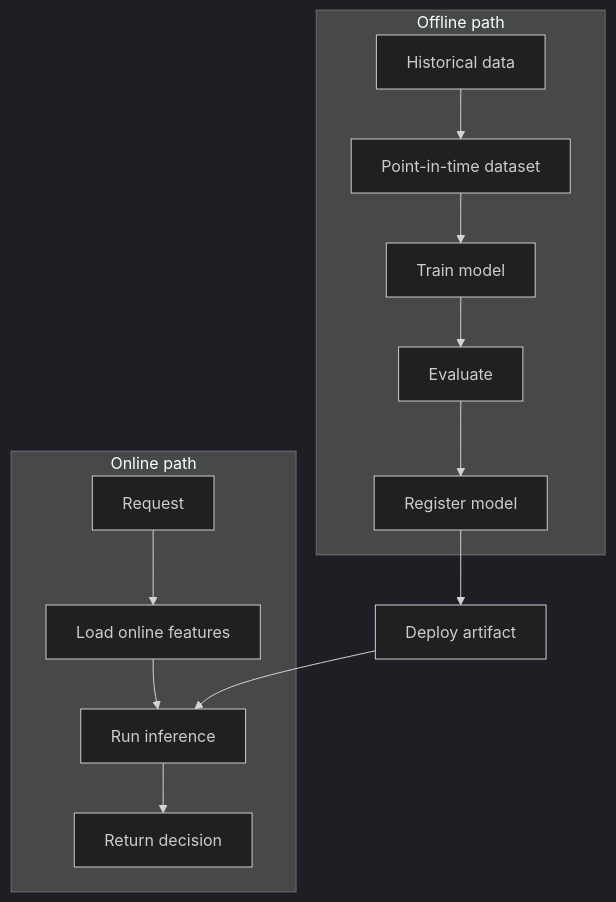
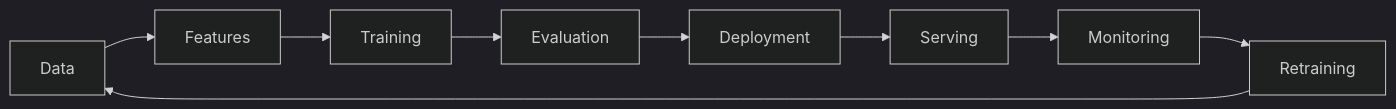
The second of 2 diagrams in 16-ml-systems/01-ml-system-fundamentals.md (binarydevelop/system-design-patterns), drawn with Mermaid (dark theme) before and after one commit. The commit also changed other lines of this file and 5 other files, not shown here.

````diff
--- a/16-ml-systems/01-ml-system-fundamentals.md
+++ b/16-ml-systems/01-ml-system-fundamentals.md
@@ -70,18 +84,11 @@
 ```mermaid
-flowchart TB
-    subgraph Offline["Offline path"]
-        HIST["Historical data"] --> SNAP["Point-in-time dataset"]
-        SNAP --> TRAIN["Train model"]
-        TRAIN --> EVAL["Evaluate"]
-        EVAL --> REG["Register model"]
-    end
-
-    subgraph Online["Online path"]
-        REQ["Request"] --> LOAD["Load online features"]
-        LOAD --> INF["Run inference"]
-        INF --> RESP["Return decision"]
-    end
-
-    REG --> DEPLOY["Deploy artifact"]
-    DEPLOY --> INF
+flowchart LR
+    DATA["Data"] --> FEAT["Features"]
+    FEAT --> TRAIN["Training"]
+    TRAIN --> EVAL["Evaluation"]
+    EVAL --> DEPLOY["Deployment"]
+    DEPLOY --> SERVE["Serving"]
+    SERVE --> MON["Monitoring"]
+    MON --> RETRAIN["Retraining"]
+    RETRAIN --> DATA
 ```
````
